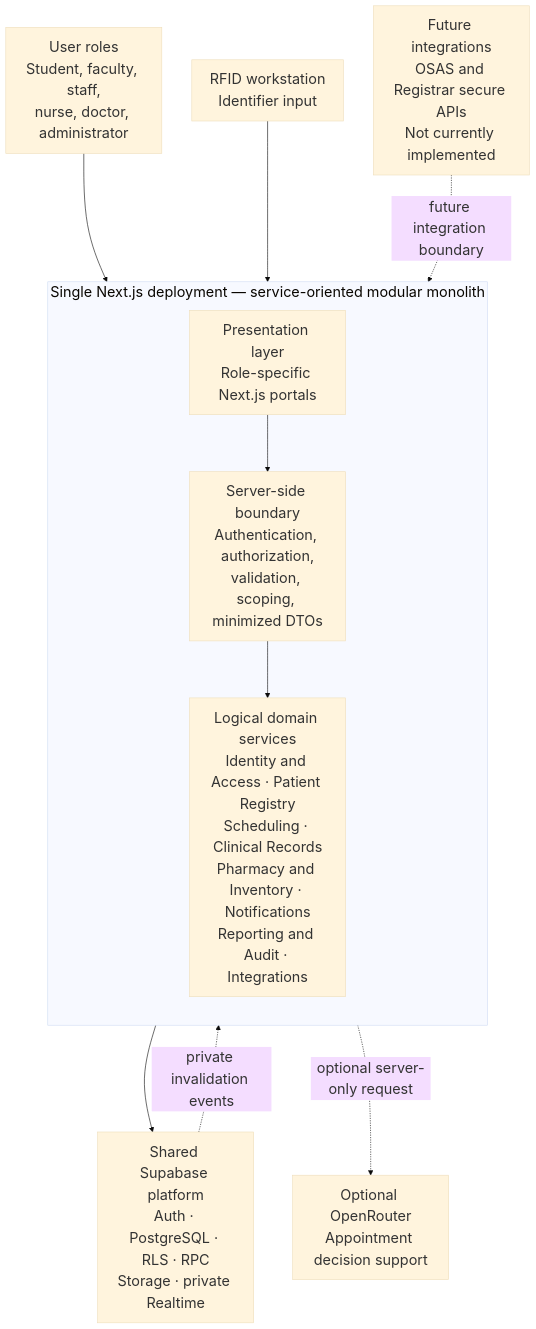
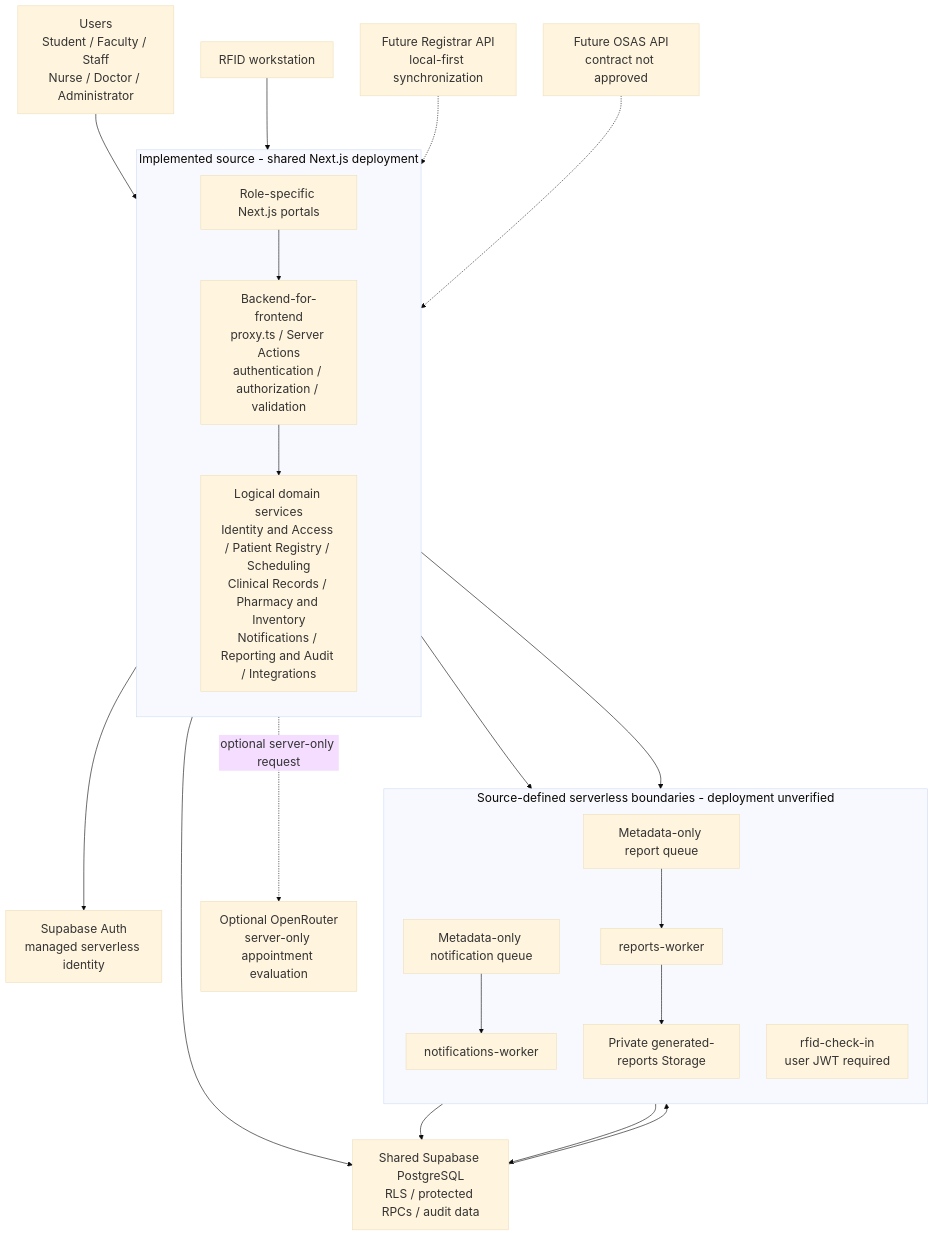
The tenth of 14 diagrams in docs/SOFTWARE_ARCHITECTURE_DOCUMENT.md (Tokise/Zentraq-backend), drawn with Mermaid before and after one commit. The commit also changed other lines of this file and 3 other files, not shown here.

````diff
--- a/docs/SOFTWARE_ARCHITECTURE_DOCUMENT.md
+++ b/docs/SOFTWARE_ARCHITECTURE_DOCUMENT.md
@@ -663,37 +676,54 @@
 ```mermaid
 ---
 config:
   theme: base
   themeVariables:
-    fontSize: "24px"
+    fontSize: "20px"
   flowchart:
-    nodeSpacing: 50
-    rankSpacing: 70
-  er:
-    fontSize: 24
-    layoutDirection: TB
+    nodeSpacing: 45
+    rankSpacing: 60
 ---
 flowchart TB
-    Users["User roles<br/>Student, faculty, staff,<br/>nurse, doctor, administrator"]
-    RFID["RFID workstation<br/>Identifier input"]
+    Users["Users<br/>Student / Faculty / Staff<br/>Nurse / Doctor / Administrator"]
+    Scanner["RFID workstation"]
 
-    subgraph Deployment["Single Next.js deployment — service-oriented modular monolith"]
+    subgraph Application["Implemented source - shared Next.js deployment"]
         direction TB
-        Web["Presentation layer<br/>Role-specific Next.js portals"]
-        Security["Server-side boundary<br/>Authentication, authorization,<br/>validation, scoping, minimized DTOs"]
-        Domains["Logical domain services<br/>Identity and Access · Patient Registry<br/>Scheduling · Clinical Records<br/>Pharmacy and Inventory · Notifications<br/>Reporting and Audit · Integrations"]
-
-        Web --> Security --> Domains
+        Portals["Role-specific Next.js portals"]
+        Boundary["Backend-for-frontend<br/>proxy.ts / Server Actions<br/>authentication / authorization / validation"]
+        Domains["Logical domain services<br/>Identity and Access / Patient Registry / Scheduling<br/>Clinical Records / Pharmacy and Inventory<br/>Notifications / Reporting and Audit / Integrations"]
+        Portals --> Boundary --> Domains
     end
 
-    Supabase["Shared Supabase platform<br/>Auth · PostgreSQL · RLS · RPC<br/>Storage · private Realtime"]
-    OpenRouter["Optional OpenRouter<br/>Appointment decision support"]
-    Future["Future integrations<br/>OSAS and Registrar secure APIs<br/>Not currently implemented"]
+    Auth["Supabase Auth<br/>managed serverless identity"]
+    Database["Shared Supabase PostgreSQL<br/>RLS / protected RPCs / audit data"]
 
-    Users --> Web
-    RFID --> Web
-    Domains --> Supabase
-    Supabase -.->|private invalidation events| Web
+    subgraph Focused["Source-defined serverless boundaries - deployment unverified"]
+        direction TB
+        NotificationQueue["Metadata-only notification queue"]
+        NotificationWorker["notifications-worker"]
+        ReportQueue["Metadata-only report queue"]
+        ReportWorker["reports-worker"]
+        ReportStorage["Private generated-reports Storage"]
+        RfidWorker["rfid-check-in<br/>user JWT required"]
+
+        NotificationQueue --> NotificationWorker
+        ReportQueue --> ReportWorker --> ReportStorage
+    end
+
+    OpenRouter["Optional OpenRouter<br/>server-only appointment evaluation"]
+    Registrar["Future Registrar API<br/>local-first synchronization"]
+    OSAS["Future OSAS API<br/>contract not approved"]
+
+    Users --> Portals
+    Scanner --> Boundary
+    Boundary --> Auth
+    Domains --> Database
+    Database --> NotificationQueue
+    NotificationWorker --> Database
+    Domains --> ReportQueue
+    Boundary --> RfidWorker --> Database
     Domains -.->|optional server-only request| OpenRouter
-    Future -.->|future integration boundary| Domains
+    Registrar -.-> Domains
+    OSAS -.-> Domains
 ```
````
